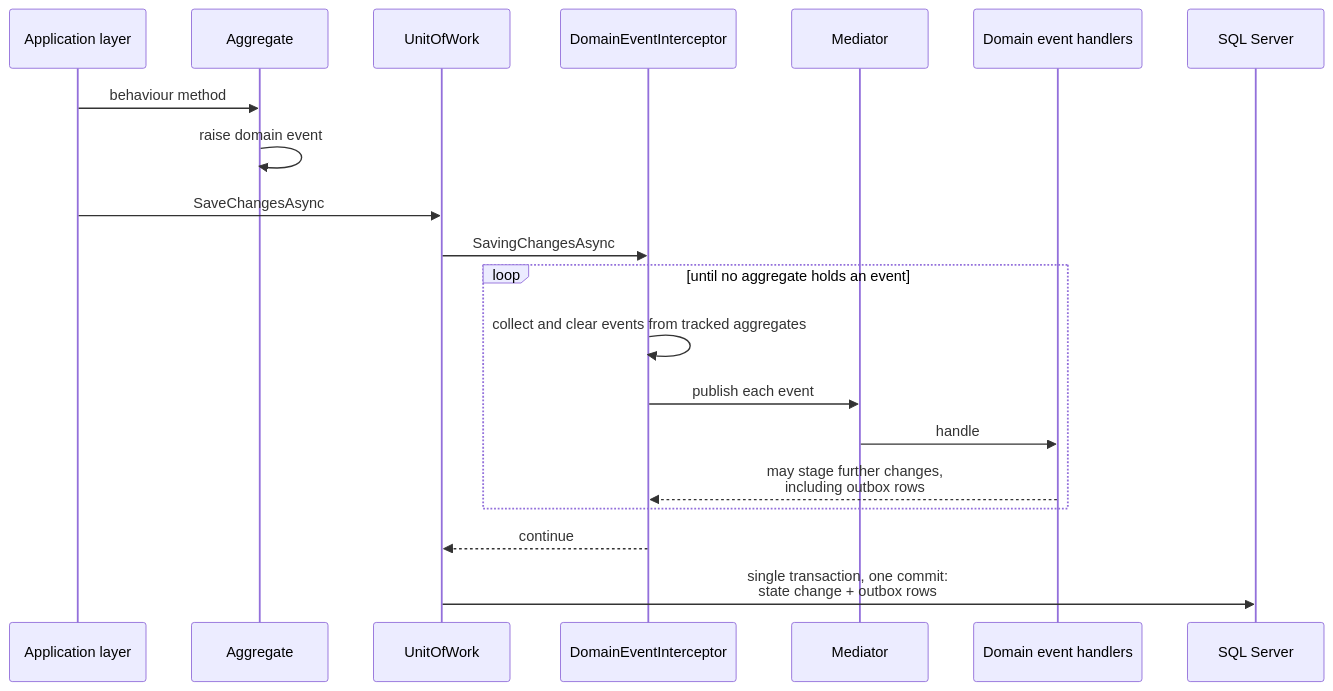
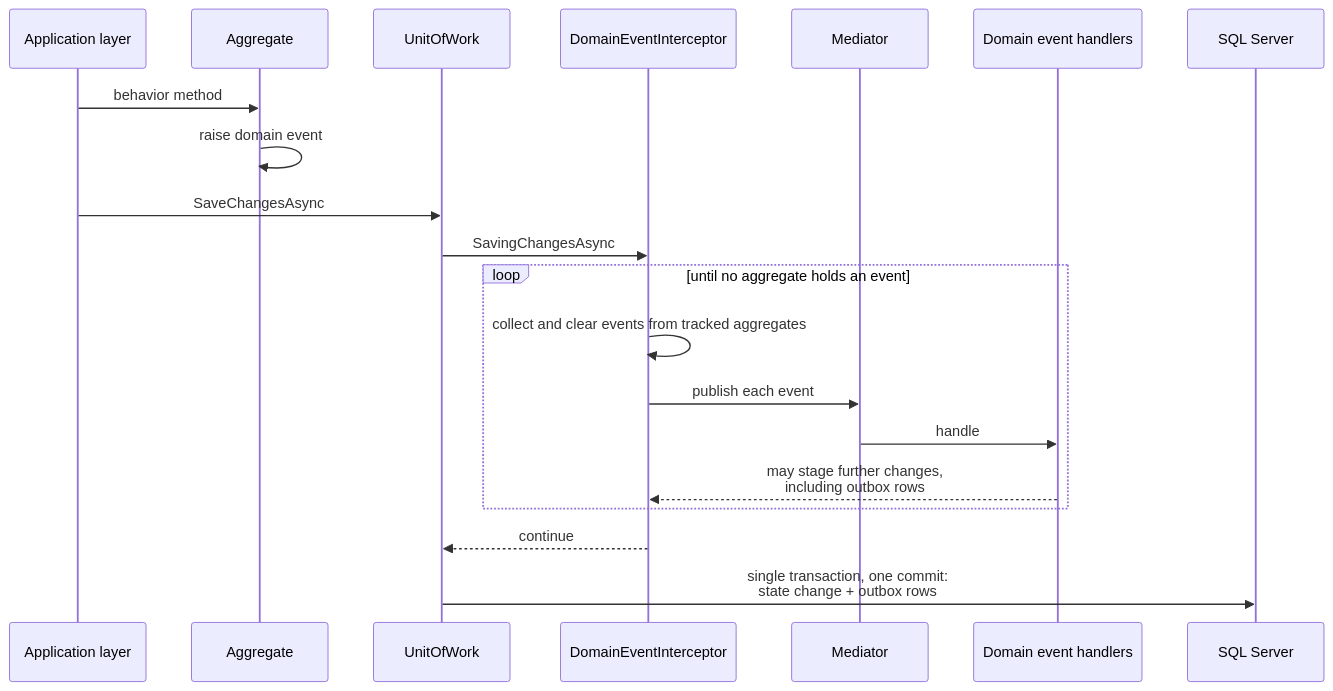
One commit to maxime-poulain/BLRefactoring changed the third of 5 diagrams in README.md. Above: the diagram before and after it, drawn with Mermaid. The commit also changed other lines of this file and 366 other files, not shown here.

````diff
--- a/README.md
+++ b/README.md
@@ -515,23 +515,23 @@
 ```mermaid
 sequenceDiagram
     participant App as Application layer
     participant Agg as Aggregate
     participant UoW as UnitOfWork
     participant Int as DomainEventInterceptor
     participant Med as Mediator
     participant H as Domain event handlers
     participant DB as SQL Server
 
-    App->>Agg: behaviour method
+    App->>Agg: behavior method
     Agg->>Agg: raise domain event
     App->>UoW: SaveChangesAsync
     UoW->>Int: SavingChangesAsync
     loop until no aggregate holds an event
         Int->>Int: collect and clear events from tracked aggregates
         Int->>Med: publish each event
         Med->>H: handle
         H-->>Int: may stage further changes,<br/>including outbox rows
     end
     Int-->>UoW: continue
     UoW->>DB: single transaction, one commit:<br/>state change + outbox rows
 ```
````
